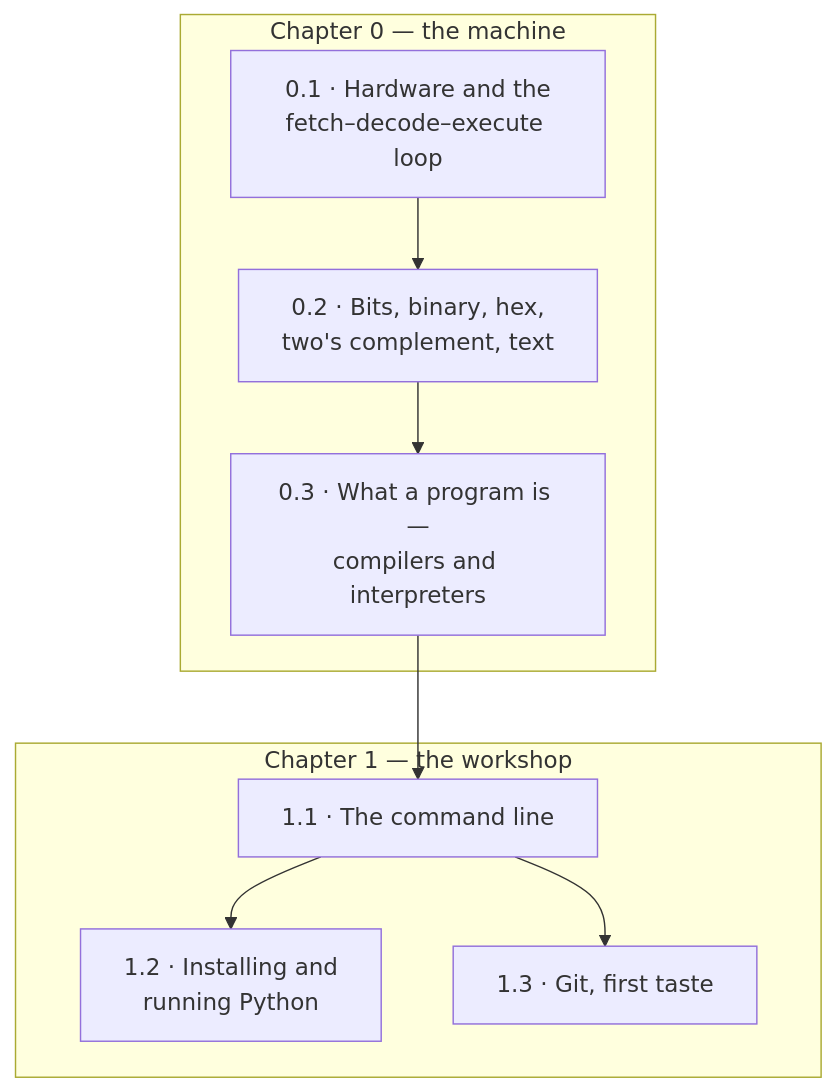
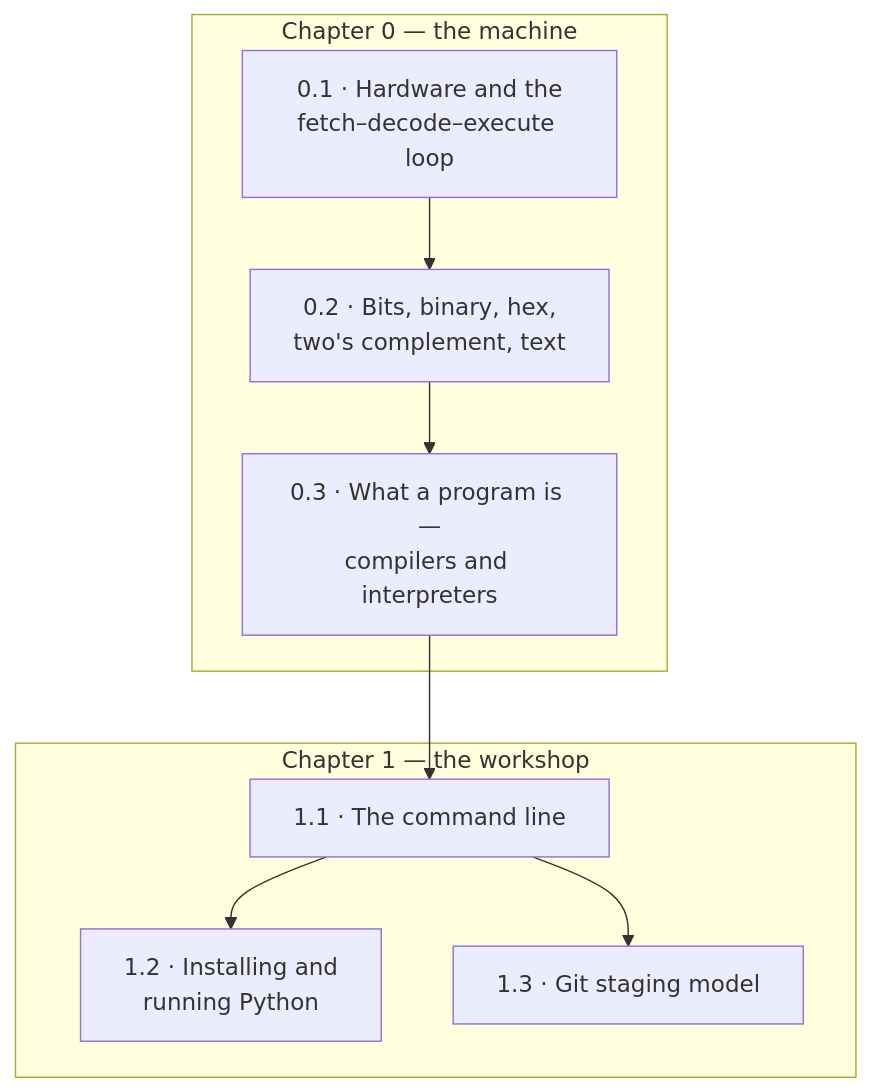
Before and after one commit to dongzhaohe321418-lab/programming-handbook: the diagram in docs/part1-overview.md, drawn with Mermaid. The commit also changed other lines of this file and 6 other files, not shown here.

Commit message:
Refresh stale 'first taste' Git wording to 'staging model'

````diff
--- a/docs/part1-overview.md
+++ b/docs/part1-overview.md
@@ -81,22 +81,22 @@
 ```mermaid
 flowchart TD
     s01["0.1 · Hardware and the<br/>fetch–decode–execute loop"]
     s02["0.2 · Bits, binary, hex,<br/>two's complement, text"]
     s03["0.3 · What a program is —<br/>compilers and interpreters"]
     s11["1.1 · The command line"]
     s12["1.2 · Installing and<br/>running Python"]
-    s13["1.3 · Git, first taste"]
+    s13["1.3 · Git staging model"]
     s01 --> s02 --> s03 --> s11
     s11 --> s12
     s11 --> s13
     subgraph CH0["Chapter 0 — the machine"]
         s01
         s02
         s03
     end
     subgraph CH1["Chapter 1 — the workshop"]
         s11
         s12
         s13
     end
 ```
````
